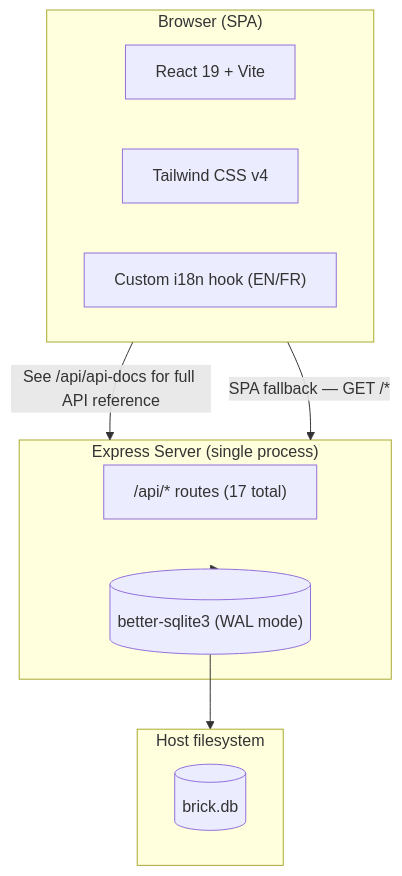
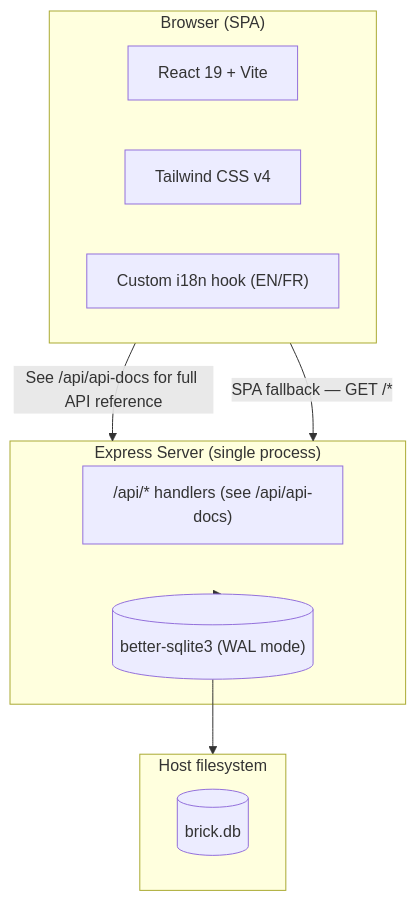
Before and after one commit to nyancol/Brick-Master-Tracker: the first of 4 diagrams in README.md, drawn with Mermaid. The commit also changed other lines of this file and 22 other files, not shown here.

````diff
--- a/README.md
+++ b/README.md
@@ -13,21 +13,21 @@
 ```mermaid
 flowchart TB
     subgraph Client["Browser (SPA)"]
         react["React 19 + Vite"]
         tailwind["Tailwind CSS v4"]
         i18n["Custom i18n hook (EN/FR)"]
     end
 
     subgraph Server["Express Server (single process)"]
-        routes["/api/* routes (17 total)"]
+        api["/api/* handlers (see /api/api-docs)"]
         sqlite[("better-sqlite3 (WAL mode)")]
     end
 
     subgraph FileSystem["Host filesystem"]
         dbFile[("brick.db")]
     end
 
     Client -->|"See /api/api-docs for full API reference"| Server
     Client -->|"SPA fallback — GET /*"| Server
     Server --> sqlite --> FileSystem
 ```
````
